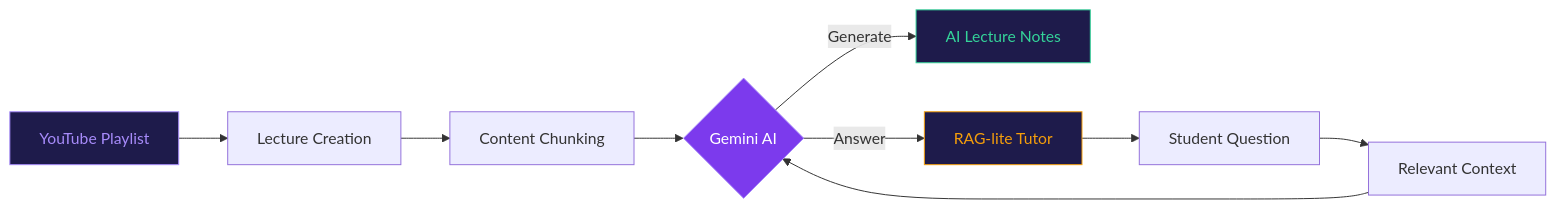
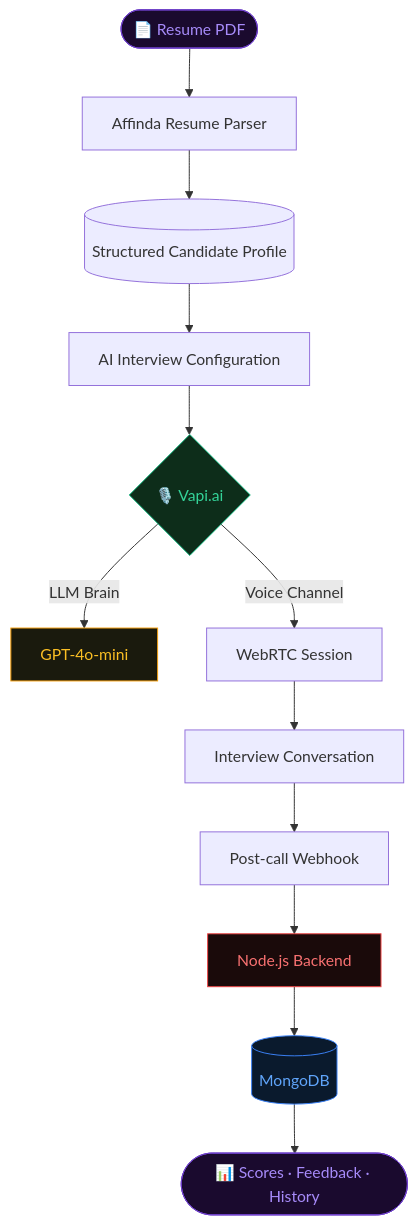
One commit to Piyush6046/Piyush6046 changed the first of 6 diagrams in README.md. Above: the diagram before and after it, drawn with Mermaid. The commit also changed other lines of this file, not shown here.

````diff
--- a/README.md
+++ b/README.md
@@ -106,16 +96,21 @@
 ```mermaid
-flowchart LR
-    A["YouTube Playlist"] --> B["Lecture Creation"]
-    B --> C["Content Chunking"]
-    C --> D{"Gemini AI"}
-    D -->|Generate| E["AI Lecture Notes"]
-    D -->|Answer| F["RAG-lite Tutor"]
-    F --> G["Student Question"]
-    G --> H["Relevant Context"]
-    H --> D
+flowchart TD
+    A([📄 Resume PDF]) --> B[Affinda Resume Parser]
+    B --> C[(Structured Candidate Profile)]
+    C --> D[AI Interview Configuration]
+    D --> E{🎙️ Vapi.ai}
+    E -->|LLM Brain| F[GPT-4o-mini]
+    E -->|Voice Channel| G[WebRTC Session]
+    G --> H[Interview Conversation]
+    H --> I[Post-call Webhook]
+    I --> J[Node.js Backend]
+    J --> K[(MongoDB)]
+    K --> L([📊 Scores · Feedback · History])
 
-    style A fill:#1e1b4b,color:#a78bfa,stroke:#a78bfa
-    style D fill:#7c3aed,color:#fff,stroke:#a78bfa
-    style E fill:#1e1b4b,color:#34d399,stroke:#34d399
-    style F fill:#1e1b4b,color:#f59e0b,stroke:#f59e0b
+    style A fill:#1a0a2e,color:#a78bfa,stroke:#6e40c9
+    style E fill:#0d2d1a,color:#34d399,stroke:#10b981
+    style F fill:#1a1a0d,color:#fbbf24,stroke:#f59e0b
+    style J fill:#1a0a0a,color:#f87171,stroke:#ef4444
+    style K fill:#0a1a2d,color:#60a5fa,stroke:#3b82f6
+    style L fill:#1a0a2e,color:#a78bfa,stroke:#6e40c9
 ```
````
